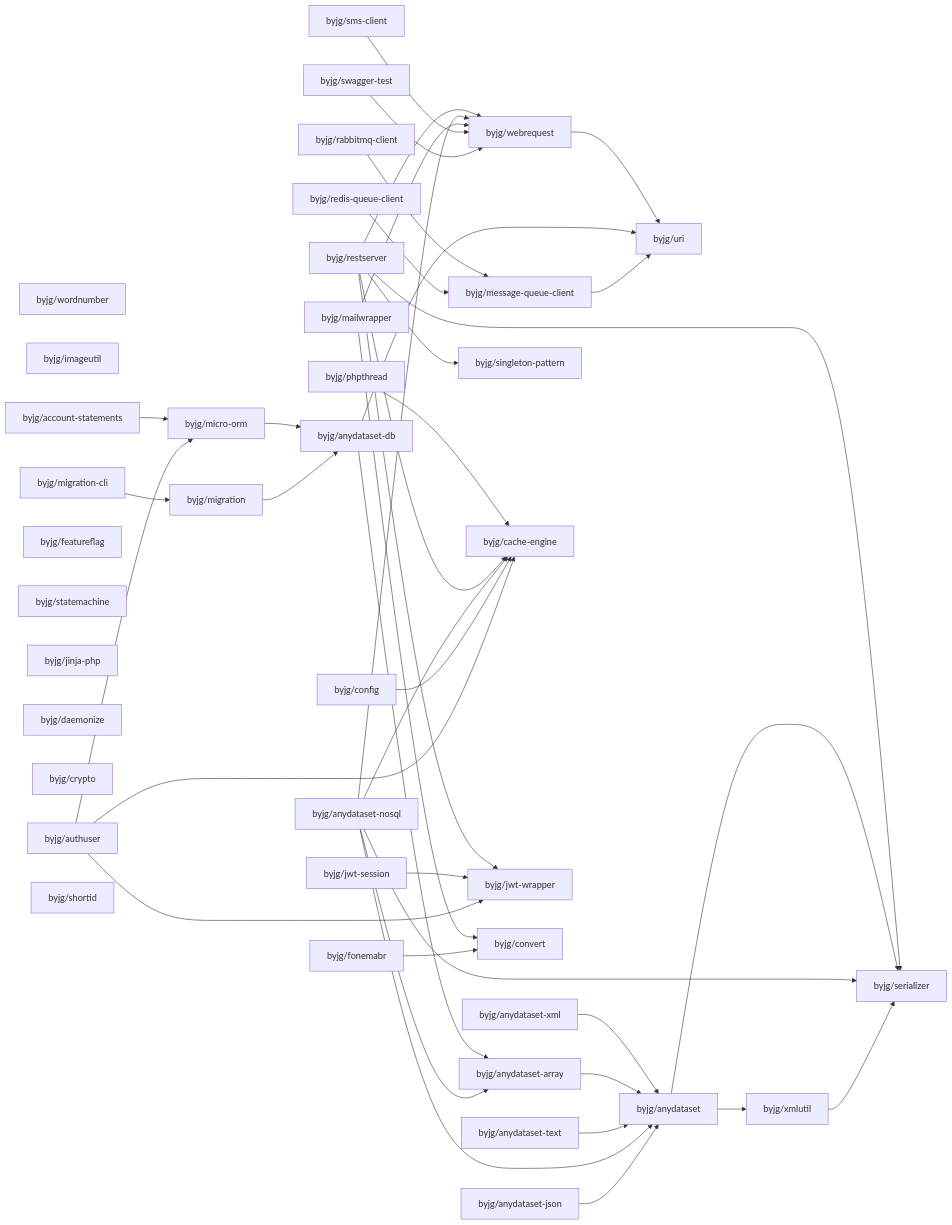
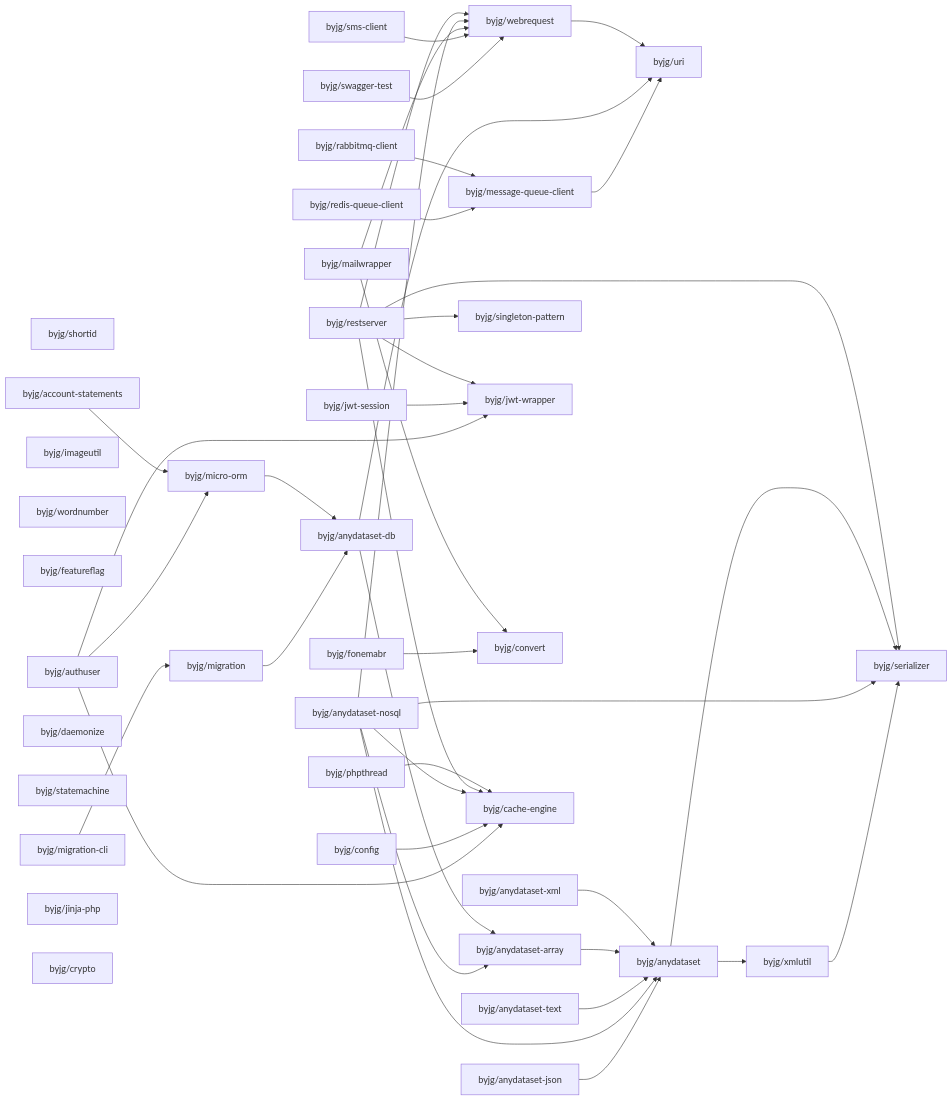
The diagram in docs/php/README.md (byjg/byjg.github.io), drawn with Mermaid before and after one commit. The commit also changed other lines of this file and 4 other files, not shown here.

Commit message:
Update documentation 'php' 'php-cache-engine'

````diff
--- a/docs/php/README.md
+++ b/docs/php/README.md
@@ -3,80 +3,80 @@
 ```mermaid
 graph LR;
+  byjg/shortid;
+  byjg/account-statements;
+  byjg/sms-client;
+  byjg/config;
+  byjg/redis-queue-client;
+  byjg/swagger-test;
+  byjg/mailwrapper;
+  byjg/imageutil;
   byjg/wordnumber;
+  byjg/phpthread;
+  byjg/anydataset-xml;
+  byjg/featureflag;
+  byjg/migration-cli;
   byjg/rabbitmq-client;
-  byjg/sms-client;
-  byjg/anydataset-xml;
-  byjg/redis-queue-client;
+  byjg/daemonize;
+  byjg/statemachine;
+  byjg/authuser;
+  byjg/jwt-session;
+  byjg/restserver;
+  byjg/anydataset-text;
+  byjg/fonemabr;
+  byjg/anydataset-nosql;
+  byjg/jinja-php;
+  byjg/crypto;
   byjg/anydataset-json;
-  byjg/imageutil;
-  byjg/account-statements;
-  byjg/fonemabr;
-  byjg/migration-cli;
-  byjg/anydataset-text;
-  byjg/featureflag;
-  byjg/statemachine;
-  byjg/restserver;
-  byjg/jwt-session;
-  byjg/config;
-  byjg/jinja-php;
-  byjg/daemonize;
-  byjg/phpthread;
-  byjg/anydataset-nosql;
-  byjg/crypto;
-  byjg/authuser;
-  byjg/shortid;
-  byjg/mailwrapper;
-  byjg/swagger-test;
+  byjg/migration;
   byjg/message-queue-client;
-  byjg/migration;
+  byjg/micro-orm;
   byjg/singleton-pattern;
-  byjg/micro-orm;
-  byjg/cache-engine;
   byjg/jwt-wrapper;
   byjg/convert;
   byjg/webrequest;
+  byjg/cache-engine;
   byjg/anydataset-db;
   byjg/anydataset-array;
   byjg/uri;
   byjg/anydataset;
   byjg/xmlutil;
   byjg/serializer;
   byjg/migration --> byjg/anydataset-db;
   byjg/fonemabr --> byjg/convert;
   byjg/swagger-test --> byjg/webrequest;
   byjg/authuser --> byjg/micro-orm;
   byjg/authuser --> byjg/cache-engine;
   byjg/authuser --> byjg/jwt-wrapper;
   byjg/config --> byjg/cache-engine;
   byjg/message-queue-client --> byjg/uri;
   byjg/sms-client --> byjg/webrequest;
   byjg/xmlutil --> byjg/serializer;
   byjg/anydataset-json --> byjg/anydataset;
   byjg/mailwrapper --> byjg/convert;
   byjg/mailwrapper --> byjg/webrequest;
   byjg/anydataset-nosql --> byjg/anydataset;
   byjg/anydataset-nosql --> byjg/anydataset-array;
   byjg/anydataset-nosql --> byjg/serializer;
   byjg/anydataset-nosql --> byjg/webrequest;
   byjg/anydataset-nosql --> byjg/cache-engine;
   byjg/migration-cli --> byjg/migration;
   byjg/redis-queue-client --> byjg/message-queue-client;
   byjg/jwt-session --> byjg/jwt-wrapper;
   byjg/anydataset --> byjg/serializer;
   byjg/anydataset --> byjg/xmlutil;
   byjg/anydataset-db --> byjg/anydataset-array;
   byjg/anydataset-db --> byjg/uri;
   byjg/anydataset-text --> byjg/anydataset;
   byjg/restserver --> byjg/serializer;
   byjg/restserver --> byjg/singleton-pattern;
   byjg/restserver --> byjg/cache-engine;
   byjg/restserver --> byjg/webrequest;
   byjg/restserver --> byjg/jwt-wrapper;
   byjg/account-statements --> byjg/micro-orm;
   byjg/webrequest --> byjg/uri;
   byjg/micro-orm --> byjg/anydataset-db;
   byjg/anydataset-array --> byjg/anydataset;
   byjg/anydataset-xml --> byjg/anydataset;
   byjg/phpthread --> byjg/cache-engine;
   byjg/rabbitmq-client --> byjg/message-queue-client;
 ```
````
